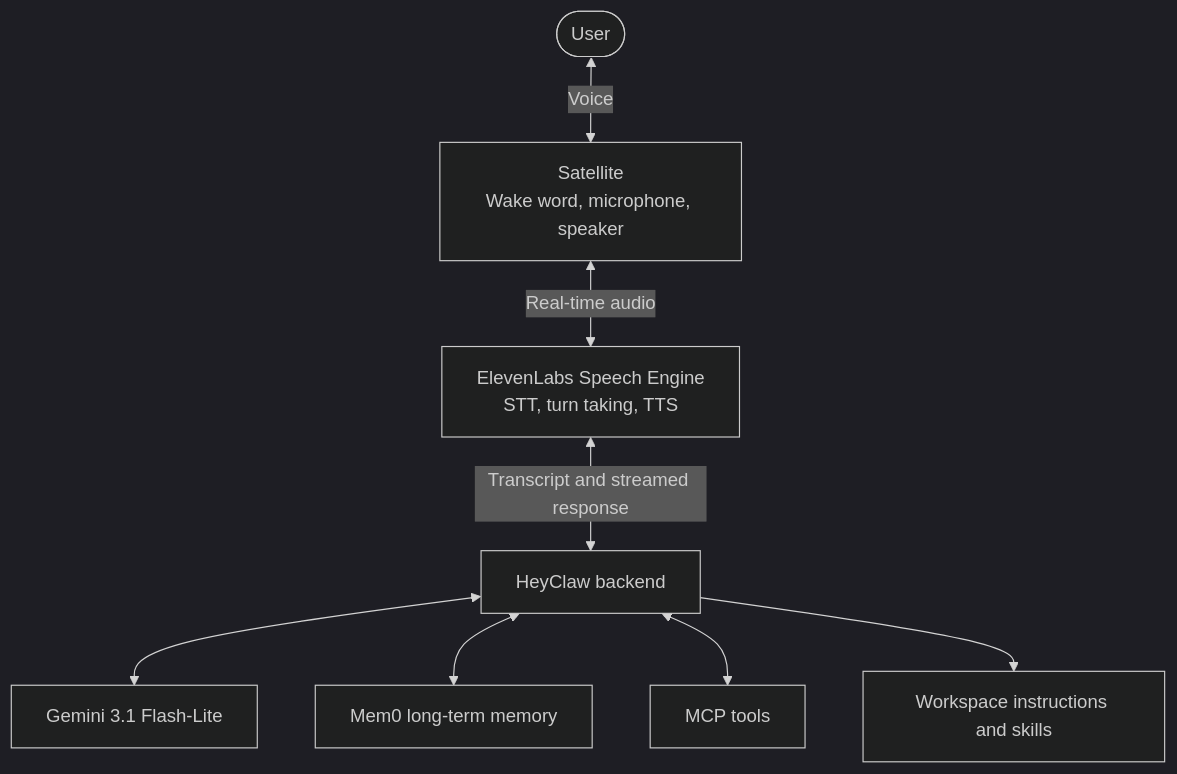
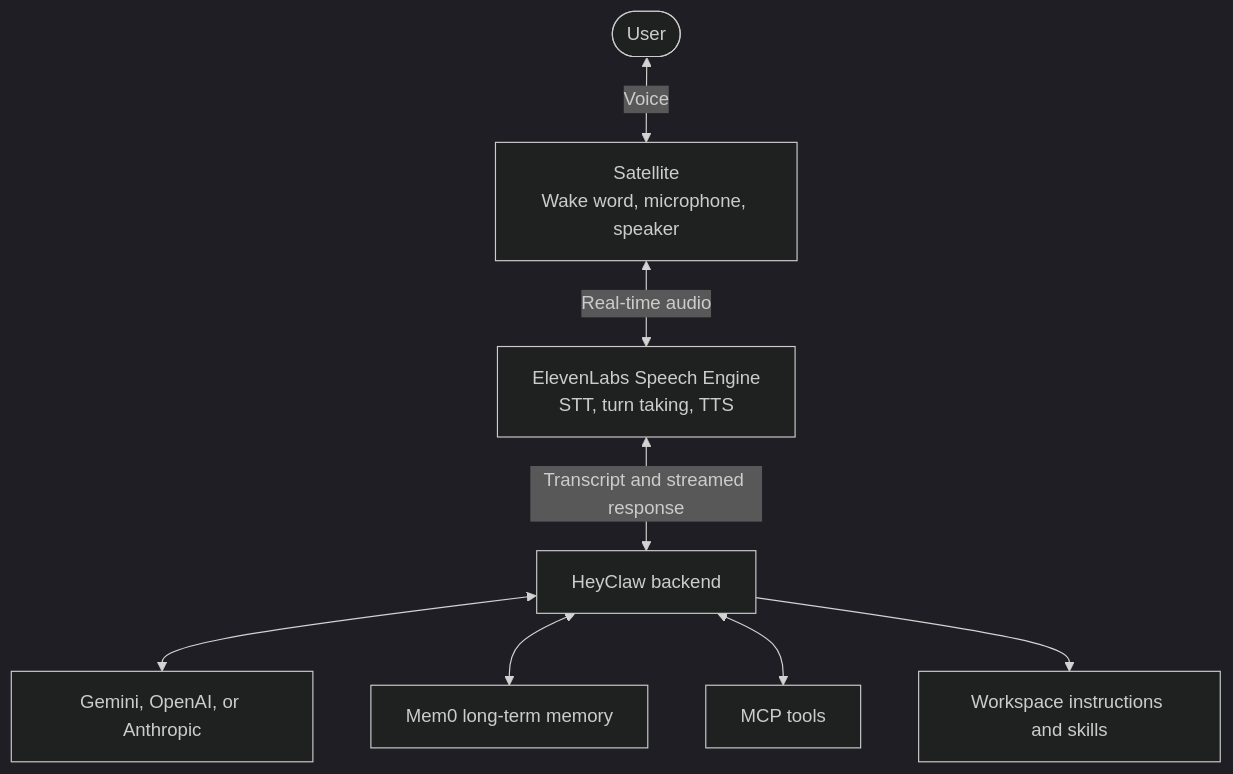
Before and after one commit to achessmoba72-sudo/heyclaw: the first of 2 diagrams in README.md, drawn with Mermaid (dark theme). The commit also changed other lines of this file and 9 other files, not shown here.

````diff
--- a/README.md
+++ b/README.md
@@ -37,10 +37,10 @@
 ```mermaid
 flowchart TD
     User([User]) <-->|Voice| Satellite[Satellite<br/>Wake word, microphone, speaker]
     Satellite <-->|Real-time audio| ElevenLabs[ElevenLabs Speech Engine<br/>STT, turn taking, TTS]
     ElevenLabs <-->|Transcript and streamed response| Backend[HeyClaw backend]
-    Backend <--> Gemini[Gemini 3.1 Flash-Lite]
+    Backend <--> LLM[Gemini, OpenAI, or Anthropic]
     Backend <--> Mem0[Mem0 long-term memory]
     Backend <--> MCP[MCP tools]
     Backend --> Workspace[Workspace instructions and skills]
 ```
````
